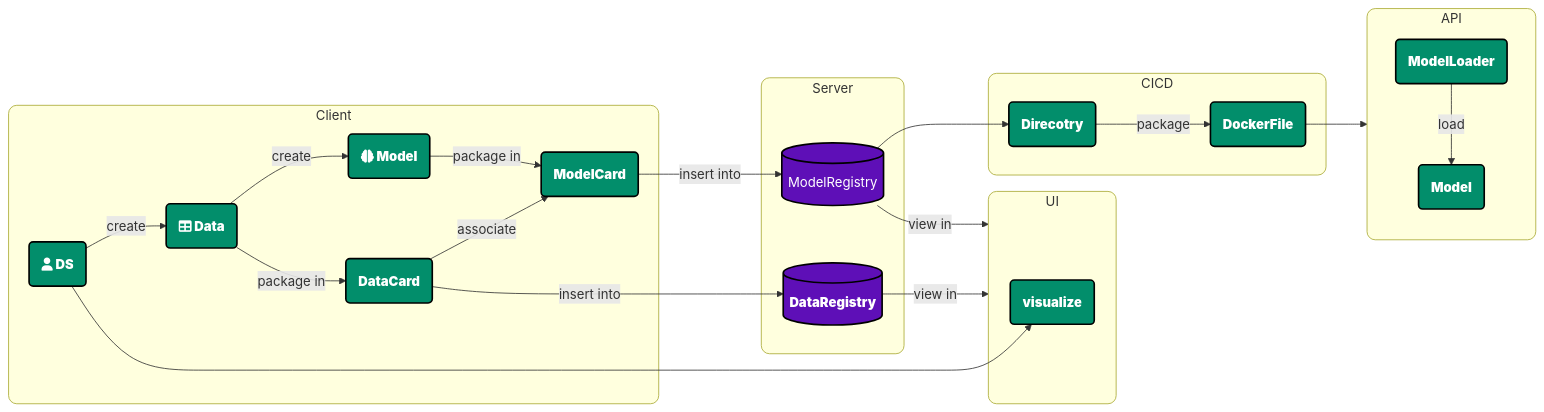
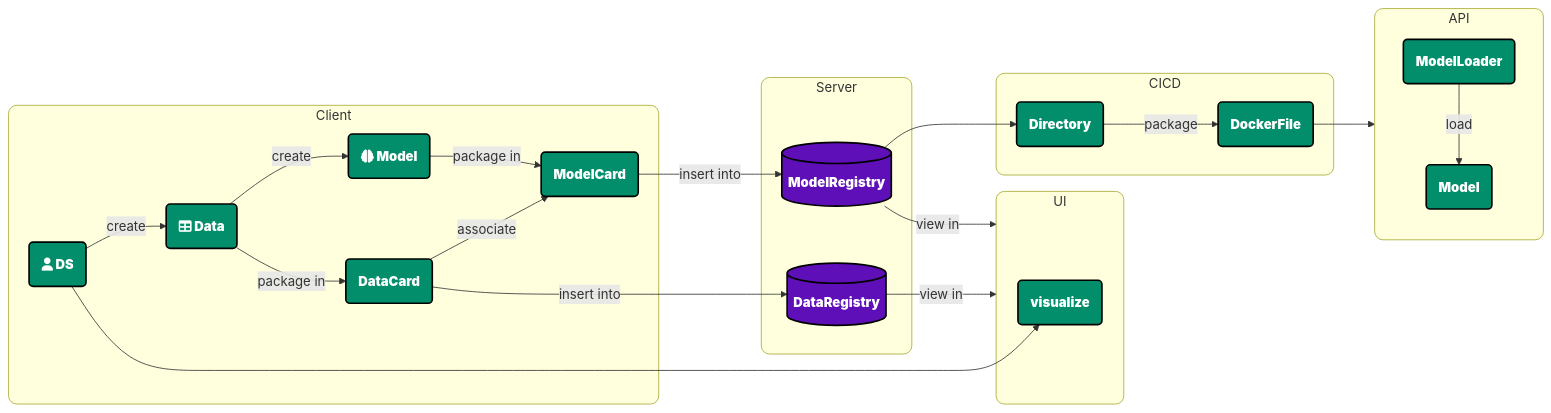
One commit to demml/opsml changed the diagram in docs/docs/interfaces/model/deployment.md. Above: the diagram before and after it, drawn with Mermaid.

Commit message:
Fix a couple typos.

````diff
--- a/docs/docs/interfaces/model/deployment.md
+++ b/docs/docs/interfaces/model/deployment.md
@@ -5,57 +5,57 @@
 ```mermaid
 flowchart LR
     subgraph Client
     user(fa:fa-user DS) -->|create| data(fa:fa-table Data)
     data -->|create|model(fa:fa-brain Model)
     data -->|package in|datacard(DataCard)
     model -->|package in|modelcard(ModelCard)
     datacard -->|associate|modelcard
     end 
 
     subgraph Server
     datacard -->|insert into|datareg[(DataRegistry)]
     modelcard -->|insert into|modelreg[(ModelRegistry)]
     end
 
     subgraph CICD
-    modelreg --> dir(Direcotry)
+    modelreg --> dir(Directory)
     dir --> |package|docker(DockerFile)
     end
 
 
     subgraph API
     loaded(ModelLoader) -->|load|loaded_model(Model)
     end
 
     docker --> API
 
     subgraph UI
     vis(visualize)
     end
 
     user --> vis
     modelreg -->|view in|UI
     datareg -->|view in|UI
 
 
     style Client rx:10,ry:10
     style Server rx:10,ry:10
     style CICD rx:10,ry:10
     style API rx:10,ry:10
     style UI rx:10,ry:10
 
 
     style user fill:#028e6b,stroke:black,stroke-width:2px,color:white,font-weight:bolder
     style data fill:#028e6b,stroke:black,stroke-width:2px,color:white,font-weight:bolder
     style model fill:#028e6b,stroke:black,stroke-width:2px,color:white,font-weight:bolder
     style datacard fill:#028e6b,stroke:black,stroke-width:2px,color:white,font-weight:bolder
     style modelcard fill:#028e6b,stroke:black,stroke-width:2px,color:white,font-weight:bolder
     style loaded fill:#028e6b,stroke:black,stroke-width:2px,color:white,font-weight:bolder
     style dir fill:#028e6b,stroke:black,stroke-width:2px,color:white,font-weight:bolder
     style docker fill:#028e6b,stroke:black,stroke-width:2px,color:white,font-weight:bolder
     style loaded_model fill:#028e6b,stroke:black,stroke-width:2px,color:white,font-weight:bolder
     style vis fill:#028e6b,stroke:black,stroke-width:2px,color:white,font-weight:bolder
 
     style datareg fill:#5e0fb7,stroke:black,stroke-width:2px,color:white,font-weight:bolder
-    style modelreg fill:#5e0fb7,stroke:black,stroke-width:2px,color:white,font-weight:bolderack
+    style modelreg fill:#5e0fb7,stroke:black,stroke-width:2px,color:white,font-weight:bolder
 ```
````
